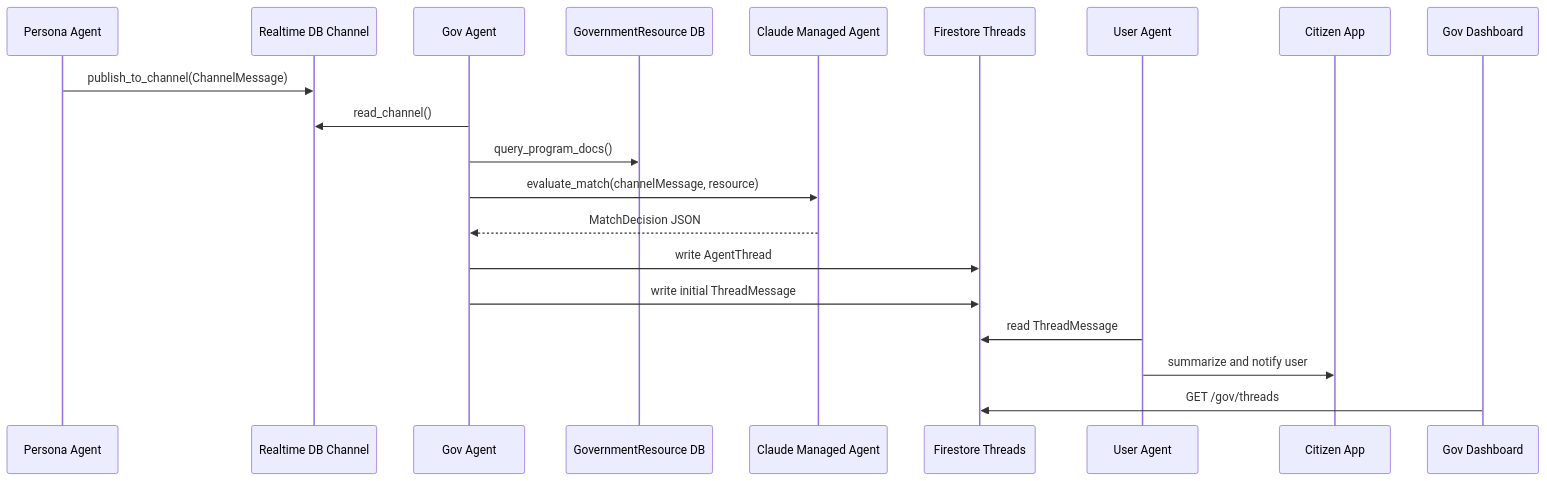
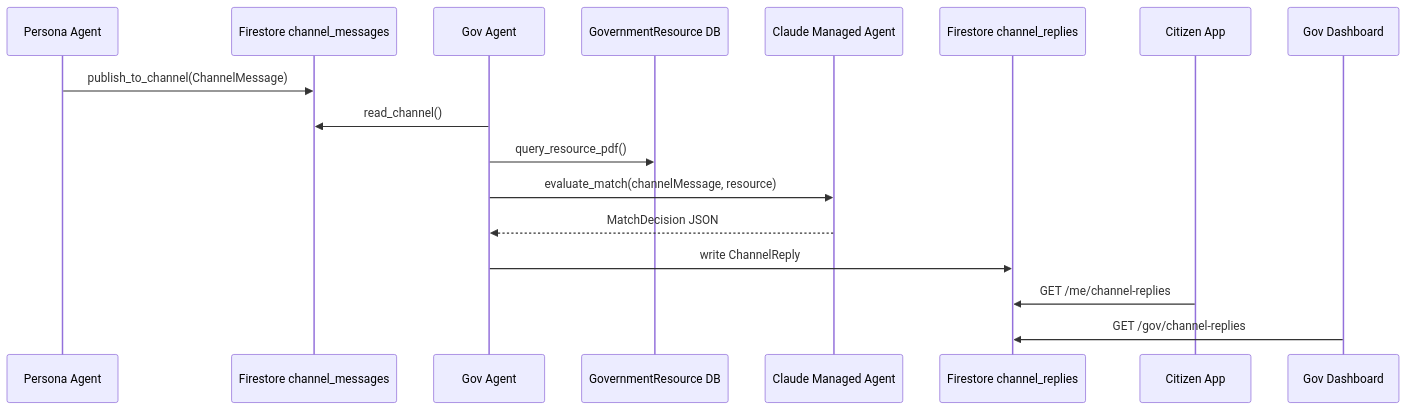
Before and after one commit to racercode/MATCHA: the diagram in services/api/src/agent/gov/gov-agent-sdd.md, drawn with Mermaid. The commit also changed other lines of this file and 22 other files, not shown here.

First line of the commit message:
align gov agent with channel replies

````diff
--- a/services/api/src/agent/gov/gov-agent-sdd.md
+++ b/services/api/src/agent/gov/gov-agent-sdd.md
@@ -39,23 +39,20 @@
 ```mermaid
 sequenceDiagram
     participant Persona as Persona Agent
-    participant Channel as Realtime DB Channel
+    participant Channel as Firestore channel_messages
     participant Gov as Gov Agent
     participant Resource as GovernmentResource DB
     participant Claude as Claude Managed Agent
-    participant Thread as Firestore Threads
-    participant UserAgent as User Agent
+    participant Reply as Firestore channel_replies
     participant User as Citizen App
     participant Web as Gov Dashboard
 
     Persona->>Channel: publish_to_channel(ChannelMessage)
     Gov->>Channel: read_channel()
-    Gov->>Resource: query_program_docs()
+    Gov->>Resource: query_resource_pdf()
     Gov->>Claude: evaluate_match(channelMessage, resource)
     Claude-->>Gov: MatchDecision JSON
-    Gov->>Thread: write AgentThread
-    Gov->>Thread: write initial ThreadMessage
-    UserAgent->>Thread: read ThreadMessage
-    UserAgent->>User: summarize and notify user
-    Web->>Thread: GET /gov/threads
+    Gov->>Reply: write ChannelReply
+    User->>Reply: GET /me/channel-replies
+    Web->>Reply: GET /gov/channel-replies
 ```
````
